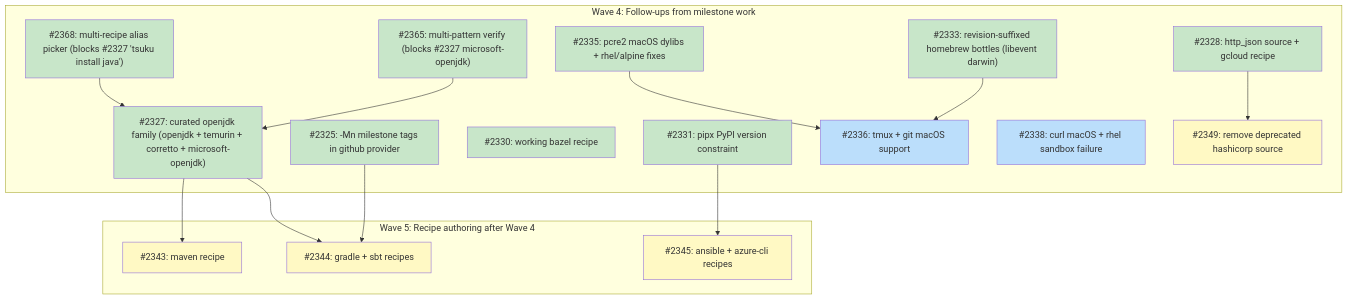
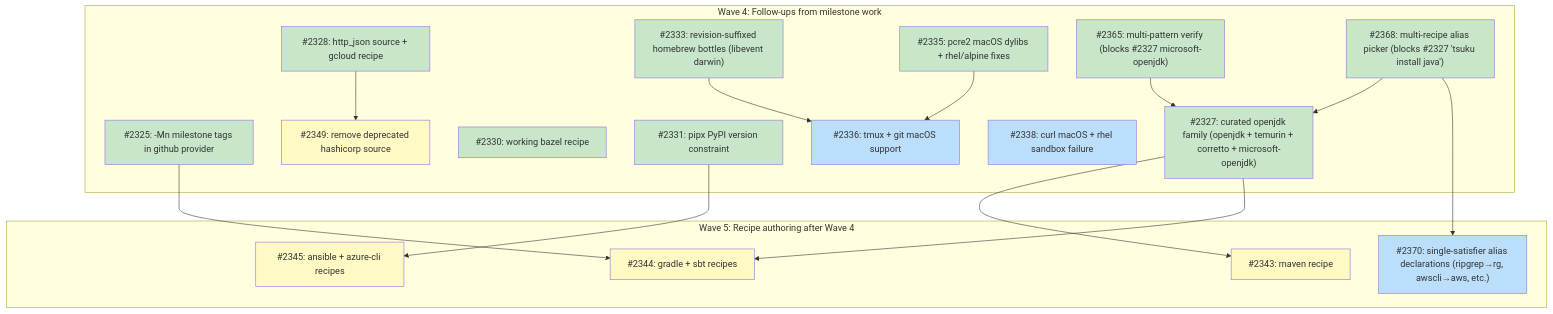
Before and after one commit to tsukumogami/tsuku: the diagram in docs/plans/PLAN-curated-recipes.md, drawn with Mermaid. The commit also changed other lines of this file, not shown here.

First line of the commit message:
docs(plan): add multi-satisfier picker and alias batch to curated-recipes plan (#2371)

````diff
--- a/docs/plans/PLAN-curated-recipes.md
+++ b/docs/plans/PLAN-curated-recipes.md
@@ -144,48 +146,50 @@
 ```mermaid
 graph TD
     subgraph wave4 ["Wave 4: Follow-ups from milestone work"]
         I2325["#2325: -Mn milestone tags in github provider"]
         I2327["#2327: curated openjdk family (openjdk + temurin + corretto + microsoft-openjdk)"]
         I2328["#2328: http_json source + gcloud recipe"]
         I2330["#2330: working bazel recipe"]
         I2331["#2331: pipx PyPI version constraint"]
         I2333["#2333: revision-suffixed homebrew bottles (libevent darwin)"]
         I2335["#2335: pcre2 macOS dylibs + rhel/alpine fixes"]
         I2336["#2336: tmux + git macOS support"]
         I2338["#2338: curl macOS + rhel sandbox failure"]
         I2349["#2349: remove deprecated hashicorp source"]
         I2365["#2365: multi-pattern verify (blocks #2327 microsoft-openjdk)"]
         I2368["#2368: multi-recipe alias picker (blocks #2327 'tsuku install java')"]
     end
 
     subgraph wave5 ["Wave 5: Recipe authoring after Wave 4"]
         I2343["#2343: maven recipe"]
         I2344["#2344: gradle + sbt recipes"]
         I2345["#2345: ansible + azure-cli recipes"]
+        I2370["#2370: single-satisfier alias declarations (ripgrep→rg, awscli→aws, etc.)"]
     end
 
     I2333 --> I2336
     I2335 --> I2336
 
     I2365 --> I2327
     I2368 --> I2327
     I2327 --> I2343
     I2325 --> I2344
     I2327 --> I2344
     I2331 --> I2345
     I2328 --> I2349
+    I2368 --> I2370
 
     classDef done fill:#c8e6c9
     classDef ready fill:#bbdefb
     classDef blocked fill:#fff9c4
     classDef needsDesign fill:#e1bee7
     classDef needsPrd fill:#b3e5fc
     classDef needsSpike fill:#ffcdd2
     classDef needsDecision fill:#d1c4e9
     classDef tracksDesign fill:#FFE0B2,stroke:#F57C00,color:#000
     classDef tracksPlan fill:#FFE0B2,stroke:#F57C00,color:#000
 
     class I2325,I2327,I2328,I2330,I2331,I2333,I2335,I2365,I2368 done
-    class I2336,I2338 ready
+    class I2336,I2338,I2370 ready
     class I2343,I2344,I2345,I2349 blocked
 ```
````
